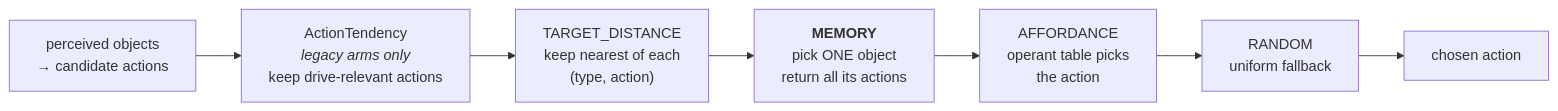
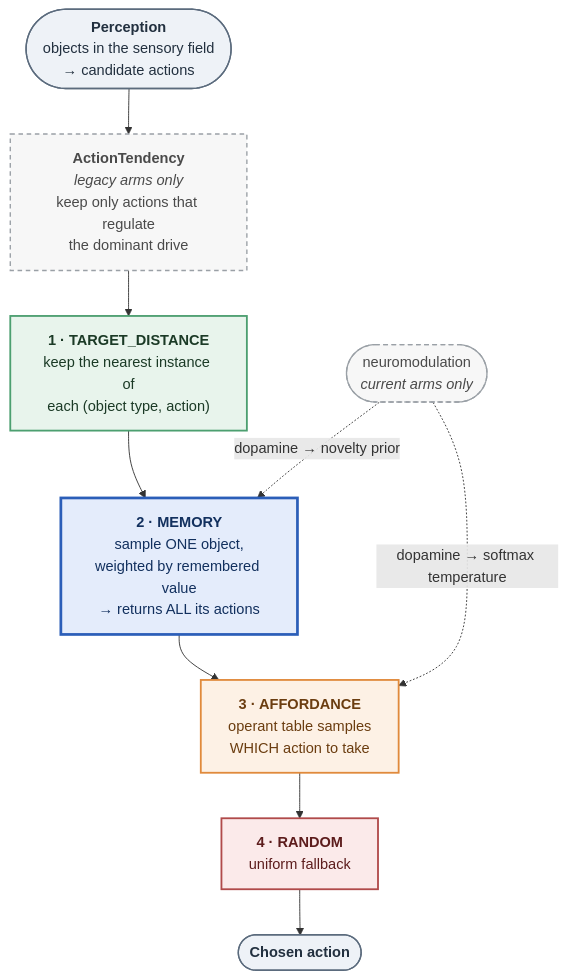
The first of 3 diagrams in docs/reports/20260812_p84_behaviour_parity_report.md (felipedreis/dl2l), drawn with Mermaid before and after one commit. The commit also changed other lines of this file, not shown here.

First line of the commit message:
docs(p84): make the memory diagrams legible — palette, shapes, and a real side-by-side

````diff
--- a/docs/reports/20260812_p84_behaviour_parity_report.md
+++ b/docs/reports/20260812_p84_behaviour_parity_report.md
@@ -73,9 +73,33 @@
 ```mermaid
-flowchart LR
-    P["perceived objects<br/>→ candidate actions"] --> AT
-    AT["ActionTendency<br/><i>legacy arms only</i><br/>keep drive-relevant actions"] --> TD
-    TD["TARGET_DISTANCE<br/>keep nearest of each<br/>(type, action)"] --> MEM
-    MEM["<b>MEMORY</b><br/>pick ONE object<br/>return all its actions"] --> AFF
-    AFF["AFFORDANCE<br/>operant table picks<br/>the action"] --> RND
-    RND["RANDOM<br/>uniform fallback"] --> A["chosen action"]
+flowchart TD
+    P(["<b>Perception</b><br/>objects in the sensory field<br/>→ candidate actions"])
+
+    P --> AT
+    AT["<b>ActionTendency</b><br/><i>legacy arms only</i><br/>keep only actions that regulate<br/>the dominant drive"]
+    AT --> TD
+    TD["<b>1 · TARGET_DISTANCE</b><br/>keep the nearest instance of<br/>each (object type, action)"]
+    TD --> MEM
+    MEM["<b>2 · MEMORY</b><br/>sample ONE object,<br/>weighted by remembered value<br/>→ returns ALL its actions"]
+    MEM --> AFF
+    AFF["<b>3 · AFFORDANCE</b><br/>operant table samples<br/>WHICH action to take"]
+    AFF --> RND
+    RND["<b>4 · RANDOM</b><br/>uniform fallback"]
+    RND --> OUT(["<b>Chosen action</b>"])
+
+    NM(["neuromodulation<br/><i>current arms only</i>"]) -. "dopamine → novelty prior" .-> MEM
+    NM -. "dopamine → softmax temperature" .-> AFF
+
+    classDef src fill:#eef2f7,stroke:#5b6b7d,stroke-width:1.5px,color:#22303f
+    classDef nearest fill:#e8f4ec,stroke:#4c9f70,stroke-width:2px,color:#1b3a26
+    classDef memory fill:#e4ecfb,stroke:#2b5eb8,stroke-width:3px,color:#12305e
+    classDef afford fill:#fdf1e5,stroke:#e08a3c,stroke-width:2px,color:#6b3d10
+    classDef rand fill:#fbeaea,stroke:#b04a4a,stroke-width:2px,color:#5c1c1c
+    classDef optional fill:#f7f7f7,stroke:#9aa0a6,stroke-width:1.5px,stroke-dasharray:5 4,color:#4a4a4a
+
+    class P,OUT src
+    class TD nearest
+    class MEM memory
+    class AFF afford
+    class RND rand
+    class AT,NM optional
 ```
````
